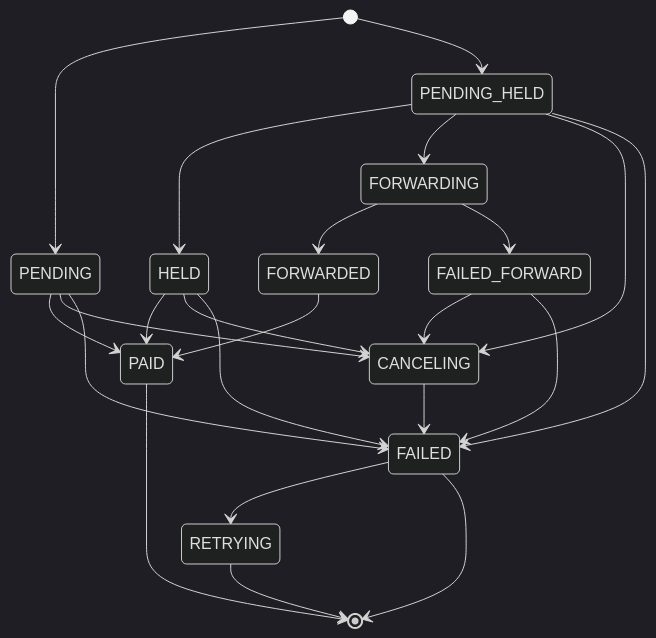
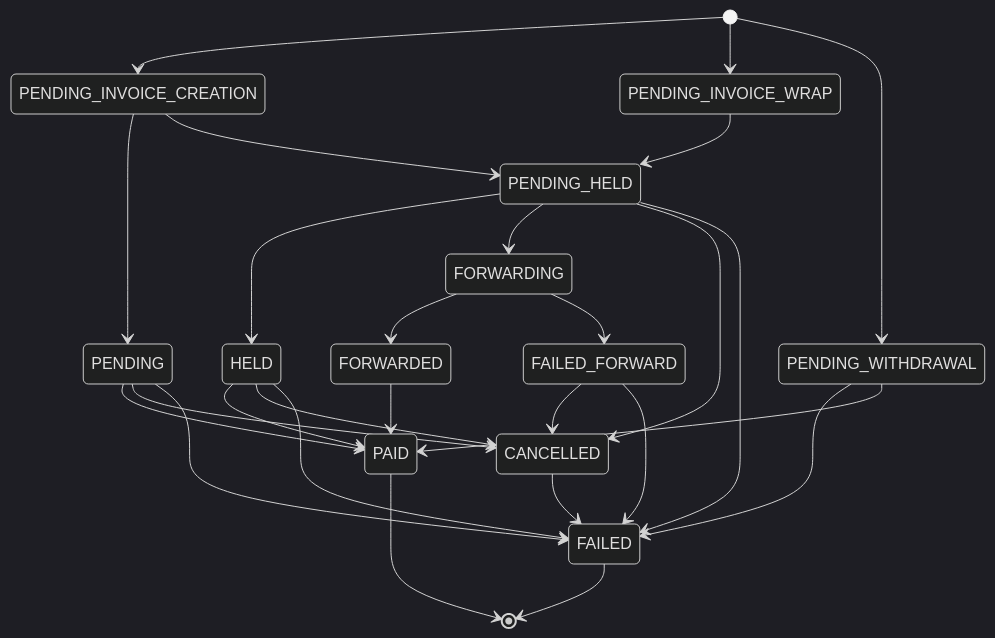
Before and after one commit to stackernews/stacker.news: the first of 5 diagrams in api/payIn/README.md, drawn with Mermaid (dark theme). The commit also changed other lines of this file, not shown here.

````diff
--- a/api/payIn/README.md
+++ b/api/payIn/README.md
@@ -10,25 +113,29 @@
 ```mermaid
 stateDiagram-v2
-    [*] --> PENDING
+    [*] --> PENDING_INVOICE_CREATION
+    PENDING_INVOICE_CREATION --> PENDING
+    PENDING_INVOICE_CREATION --> PENDING_HELD
     PENDING --> PAID
-    PENDING --> CANCELING
+    PENDING --> CANCELLED
     PENDING --> FAILED
     PAID --> [*]
-    CANCELING --> FAILED
-    FAILED --> RETRYING
+    CANCELLED --> FAILED
     FAILED --> [*]
-    RETRYING --> [*]
-    [*] --> PENDING_HELD
+    [*] --> PENDING_INVOICE_WRAP
+    PENDING_INVOICE_WRAP --> PENDING_HELD
     PENDING_HELD --> HELD
     PENDING_HELD --> FORWARDING
-    PENDING_HELD --> CANCELING
+    PENDING_HELD --> CANCELLED
     PENDING_HELD --> FAILED
     HELD --> PAID
-    HELD --> CANCELING
+    HELD --> CANCELLED
     HELD --> FAILED
     FORWARDING --> FORWARDED
     FORWARDING --> FAILED_FORWARD
     FORWARDED --> PAID
-    FAILED_FORWARD --> CANCELING
+    FAILED_FORWARD --> CANCELLED
     FAILED_FORWARD --> FAILED
+    [*] --> PENDING_WITHDRAWAL
+    PENDING_WITHDRAWAL --> FAILED
+    PENDING_WITHDRAWAL --> PAID
 ```
````
